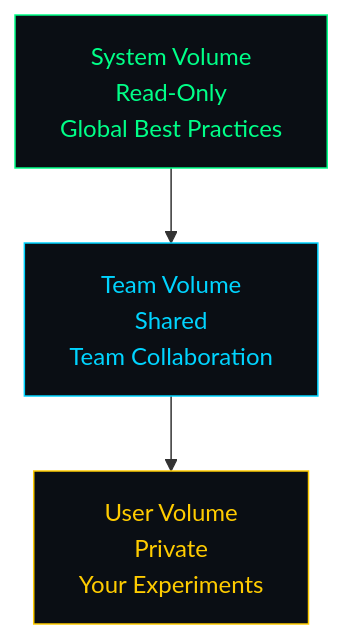
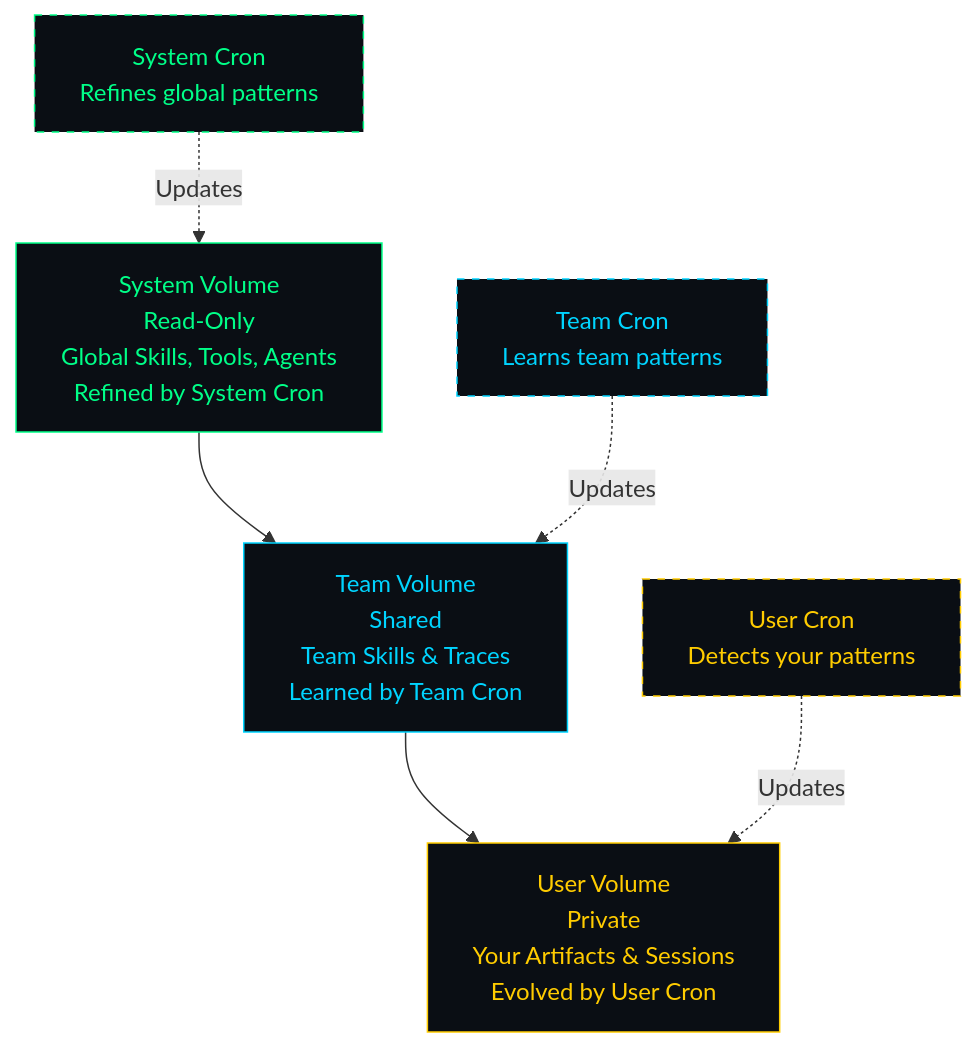
Before and after one commit to EvolvingAgentsLabs/llmos: the first of 4 diagrams in README.md, drawn with Mermaid. The commit also changed other lines of this file, not shown here.

First line of the commit message:
Fix README.md to reflect OpenRouter and GitHub workspace architecture

````diff
--- a/README.md
+++ b/README.md
@@ -137,9 +182,16 @@
 ```mermaid
 graph TD
-    A[System Volume<br/>Read-Only<br/>Global Best Practices] --> B[Team Volume<br/>Shared<br/>Team Collaboration]
-    B --> C[User Volume<br/>Private<br/>Your Experiments]
+    A[System Volume<br/>Read-Only<br/>Global Skills, Tools, Agents<br/>Refined by System Cron] --> B[Team Volume<br/>Shared<br/>Team Skills & Traces<br/>Learned by Team Cron]
+    B --> C[User Volume<br/>Private<br/>Your Artifacts & Sessions<br/>Evolved by User Cron]
+
+    A1[System Cron<br/>Refines global patterns] -.->|Updates| A
+    B1[Team Cron<br/>Learns team patterns] -.->|Updates| B
+    C1[User Cron<br/>Detects your patterns] -.->|Updates| C
 
     style A fill:#0a0e14,stroke:#00ff88,color:#00ff88
     style B fill:#0a0e14,stroke:#00d4ff,color:#00d4ff
     style C fill:#0a0e14,stroke:#ffcc00,color:#ffcc00
+    style A1 fill:#0a0e14,stroke:#00ff88,color:#00ff88,stroke-dasharray: 5 5
+    style B1 fill:#0a0e14,stroke:#00d4ff,color:#00d4ff,stroke-dasharray: 5 5
+    style C1 fill:#0a0e14,stroke:#ffcc00,color:#ffcc00,stroke-dasharray: 5 5
 ```
````
